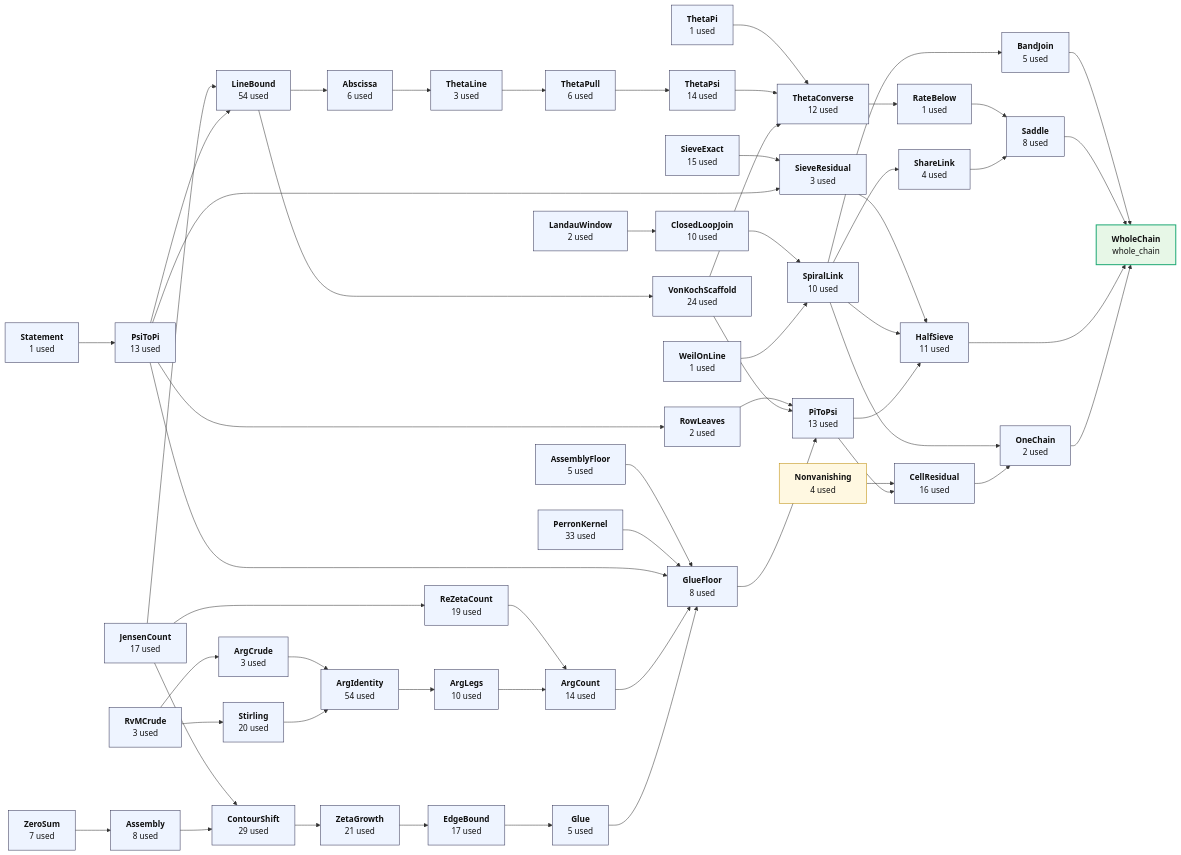
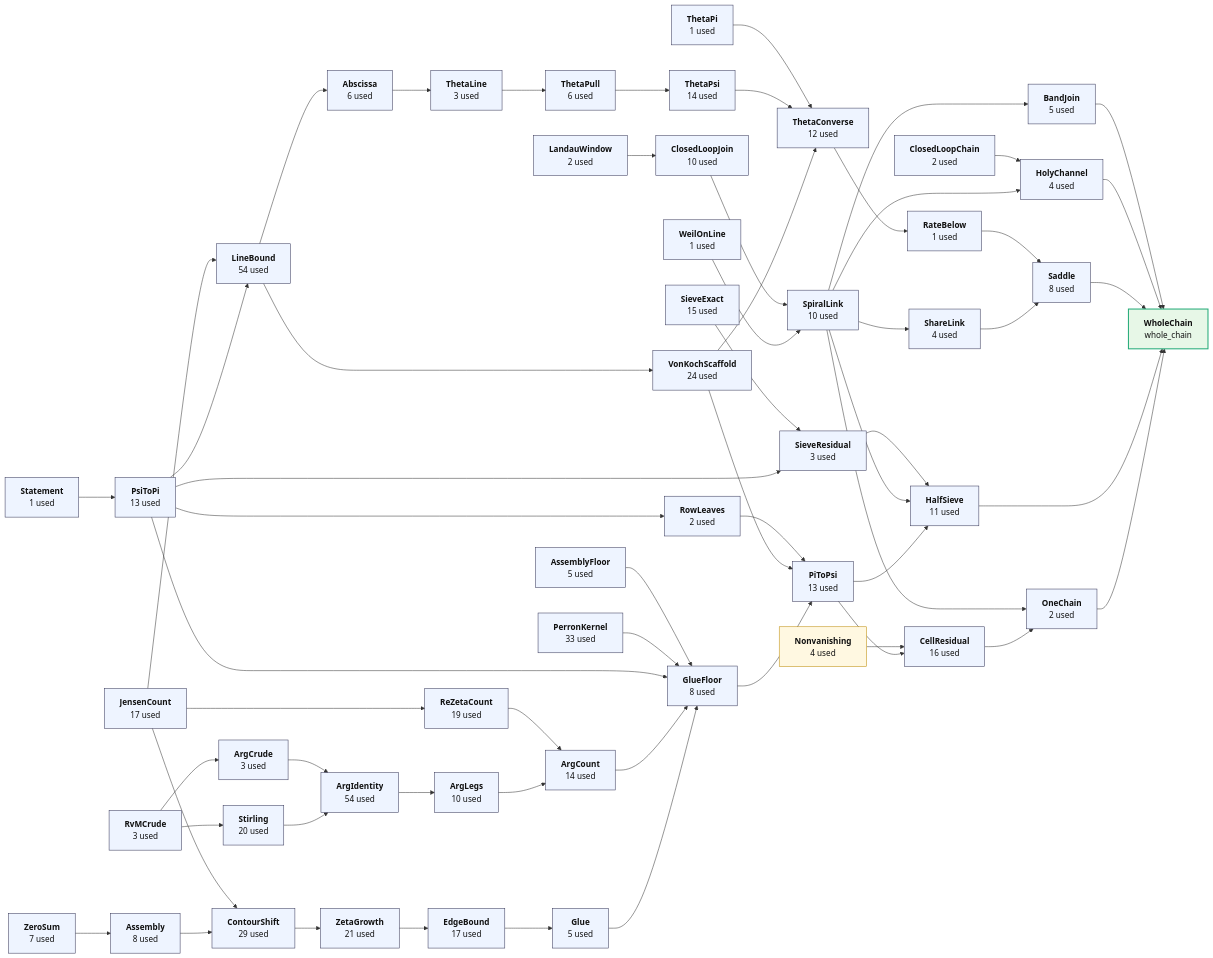
One commit to juliansambranojr/Primebeat_081426 changed the diagram in map/chains/WholeChain-whole_chain.mmd. Above: the diagram before and after it, drawn with Mermaid. The commit also changed 45 other files, not shown here.

```diff
--- a/map/chains/WholeChain-whole_chain.mmd
+++ b/map/chains/WholeChain-whole_chain.mmd
@@ -1,108 +1,113 @@
 flowchart LR
   f0["<b>Nonvanishing</b><br/>4 used"]:::ext
   f1["<b>AssemblyFloor</b><br/>5 used"]:::thm
-  f2["<b>JensenCount</b><br/>17 used"]:::thm
-  f3["<b>LandauWindow</b><br/>2 used"]:::thm
-  f4["<b>ClosedLoopJoin</b><br/>10 used"]:::thm
-  f5["<b>PerronKernel</b><br/>33 used"]:::thm
-  f6["<b>ReZetaCount</b><br/>19 used"]:::thm
-  f7["<b>RvMCrude</b><br/>3 used"]:::thm
-  f8["<b>ArgCrude</b><br/>3 used"]:::thm
-  f9["<b>SieveExact</b><br/>15 used"]:::thm
-  f10["<b>Statement</b><br/>1 used"]:::thm
-  f11["<b>PsiToPi</b><br/>13 used"]:::thm
-  f12["<b>LineBound</b><br/>54 used"]:::thm
-  f13["<b>Abscissa</b><br/>6 used"]:::thm
-  f14["<b>RowLeaves</b><br/>2 used"]:::thm
-  f15["<b>SieveResidual</b><br/>3 used"]:::thm
-  f16["<b>Stirling</b><br/>20 used"]:::thm
-  f17["<b>ArgIdentity</b><br/>54 used"]:::thm
-  f18["<b>ArgLegs</b><br/>10 used"]:::thm
-  f19["<b>ArgCount</b><br/>14 used"]:::thm
-  f20["<b>ThetaLine</b><br/>3 used"]:::thm
-  f21["<b>ThetaPi</b><br/>1 used"]:::thm
-  f22["<b>ThetaPull</b><br/>6 used"]:::thm
-  f23["<b>ThetaPsi</b><br/>14 used"]:::thm
-  f24["<b>VonKochScaffold</b><br/>24 used"]:::thm
-  f25["<b>ThetaConverse</b><br/>12 used"]:::thm
-  f26["<b>RateBelow</b><br/>1 used"]:::thm
-  f27["<b>WeilOnLine</b><br/>1 used"]:::thm
-  f28["<b>SpiralLink</b><br/>10 used"]:::thm
-  f29["<b>BandJoin</b><br/>5 used"]:::thm
-  f30["<b>ShareLink</b><br/>4 used"]:::thm
-  f31["<b>Saddle</b><br/>8 used"]:::thm
-  f32["<b>ZeroSum</b><br/>7 used"]:::thm
-  f33["<b>Assembly</b><br/>8 used"]:::thm
-  f34["<b>ContourShift</b><br/>29 used"]:::thm
-  f35["<b>ZetaGrowth</b><br/>21 used"]:::thm
-  f36["<b>EdgeBound</b><br/>17 used"]:::thm
-  f37["<b>Glue</b><br/>5 used"]:::thm
-  f38["<b>GlueFloor</b><br/>8 used"]:::thm
-  f39["<b>PiToPsi</b><br/>13 used"]:::thm
-  f40["<b>CellResidual</b><br/>16 used"]:::thm
-  f41["<b>HalfSieve</b><br/>11 used"]:::thm
-  f42["<b>OneChain</b><br/>2 used"]:::thm
-  f43["<b>WholeChain</b><br/>whole_chain"]:::end_
-  f3 --> f4
-  f2 --> f6
-  f7 --> f8
-  f10 --> f11
-  f2 --> f12
+  f2["<b>ClosedLoopChain</b><br/>2 used"]:::thm
+  f3["<b>JensenCount</b><br/>17 used"]:::thm
+  f4["<b>LandauWindow</b><br/>2 used"]:::thm
+  f5["<b>ClosedLoopJoin</b><br/>10 used"]:::thm
+  f6["<b>PerronKernel</b><br/>33 used"]:::thm
+  f7["<b>ReZetaCount</b><br/>19 used"]:::thm
+  f8["<b>RvMCrude</b><br/>3 used"]:::thm
+  f9["<b>ArgCrude</b><br/>3 used"]:::thm
+  f10["<b>SieveExact</b><br/>15 used"]:::thm
+  f11["<b>Statement</b><br/>1 used"]:::thm
+  f12["<b>PsiToPi</b><br/>13 used"]:::thm
+  f13["<b>LineBound</b><br/>54 used"]:::thm
+  f14["<b>Abscissa</b><br/>6 used"]:::thm
+  f15["<b>RowLeaves</b><br/>2 used"]:::thm
+  f16["<b>SieveResidual</b><br/>3 used"]:::thm
+  f17["<b>Stirling</b><br/>20 used"]:::thm
+  f18["<b>ArgIdentity</b><br/>54 used"]:::thm
+  f19["<b>ArgLegs</b><br/>10 used"]:::thm
+  f20["<b>ArgCount</b><br/>14 used"]:::thm
+  f21["<b>ThetaLine</b><br/>3 used"]:::thm
+  f22["<b>ThetaPi</b><br/>1 used"]:::thm
+  f23["<b>ThetaPull</b><br/>6 used"]:::thm
+  f24["<b>ThetaPsi</b><br/>14 used"]:::thm
+  f25["<b>VonKochScaffold</b><br/>24 used"]:::thm
+  f26["<b>ThetaConverse</b><br/>12 used"]:::thm
+  f27["<b>RateBelow</b><br/>1 used"]:::thm
+  f28["<b>WeilOnLine</b><br/>1 used"]:::thm
+  f29["<b>SpiralLink</b><br/>10 used"]:::thm
+  f30["<b>BandJoin</b><br/>5 used"]:::thm
+  f31["<b>HolyChannel</b><br/>4 used"]:::thm
+  f32["<b>ShareLink</b><br/>4 used"]:::thm
+  f33["<b>Saddle</b><br/>8 used"]:::thm
+  f34["<b>ZeroSum</b><br/>7 used"]:::thm
+  f35["<b>Assembly</b><br/>8 used"]:::thm
+  f36["<b>ContourShift</b><br/>29 used"]:::thm
+  f37["<b>ZetaGrowth</b><br/>21 used"]:::thm
+  f38["<b>EdgeBound</b><br/>17 used"]:::thm
+  f39["<b>Glue</b><br/>5 used"]:::thm
+  f40["<b>GlueFloor</b><br/>8 used"]:::thm
+  f41["<b>PiToPsi</b><br/>13 used"]:::thm
+  f42["<b>CellResidual</b><br/>16 used"]:::thm
+  f43["<b>HalfSieve</b><br/>11 used"]:::thm
+  f44["<b>OneChain</b><br/>2 used"]:::thm
+  f45["<b>WholeChain</b><br/>whole_chain"]:::end_
+  f4 --> f5
+  f3 --> f7
+  f8 --> f9
   f11 --> f12
+  f3 --> f13
   f12 --> f13
-  f11 --> f14
-  f9 --> f15
-  f11 --> f15
-  f7 --> f16
+  f13 --> f14
+  f12 --> f15
+  f10 --> f16
+  f12 --> f16
   f8 --> f17
-  f16 --> f17
+  f9 --> f18
   f17 --> f18
-  f6 --> f19
   f18 --> f19
-  f13 --> f20
-  f20 --> f22
-  f22 --> f23
-  f12 --> f24
-  f21 --> f25
-  f23 --> f25
-  f24 --> f25
+  f7 --> f20
+  f19 --> f20
+  f14 --> f21
+  f21 --> f23
+  f23 --> f24
+  f13 --> f25
+  f22 --> f26
+  f24 --> f26
   f25 --> f26
-  f4 --> f28
-  f27 --> f28
+  f26 --> f27
+  f5 --> f29
   f28 --> f29
-  f28 --> f30
-  f26 --> f31
-  f30 --> f31
+  f29 --> f30
+  f2 --> f31
+  f29 --> f31
+  f29 --> f32
+  f27 --> f33
   f32 --> f33
-  f2 --> f34
-  f33 --> f34
   f34 --> f35
+  f3 --> f36
   f35 --> f36
   f36 --> f37
-  f1 --> f38
-  f5 --> f38
-  f11 --> f38
-  f19 --> f38
   f37 --> f38
-  f14 --> f39
-  f24 --> f39
   f38 --> f39
-  f0 --> f40
+  f1 --> f40
+  f6 --> f40
+  f12 --> f40
+  f20 --> f40
   f39 --> f40
   f15 --> f41
-  f28 --> f41
-  f39 --> f41
-  f28 --> f42
-  f40 --> f42
+  f25 --> f41
+  f40 --> f41
+  f0 --> f42
+  f41 --> f42
+  f16 --> f43
   f29 --> f43
-  f31 --> f43
   f41 --> f43
-  f42 --> f43
+  f29 --> f44
+  f42 --> f44
+  f30 --> f45
+  f31 --> f45
+  f33 --> f45
+  f43 --> f45
+  f44 --> f45
   classDef cnt fill:#dff5ec,stroke:#17694a,color:#111
   classDef shp fill:#f1ecfb,stroke:#5b3fa0,color:#111
   classDef rh fill:#ffe5e5,stroke:#c22,color:#111,stroke-width:2px
   classDef thm fill:#eef4ff,stroke:#335,color:#111
   classDef end_ fill:#e7f7e7,stroke:#2a7,color:#111,stroke-width:2px
   classDef lone fill:#fff,stroke:#999,color:#111,stroke-dasharray:4 3
   classDef bad fill:#ffe5e5,stroke:#c22,color:#111,stroke-width:2px
   classDef ext fill:#fff8e1,stroke:#b80,color:#111
```
